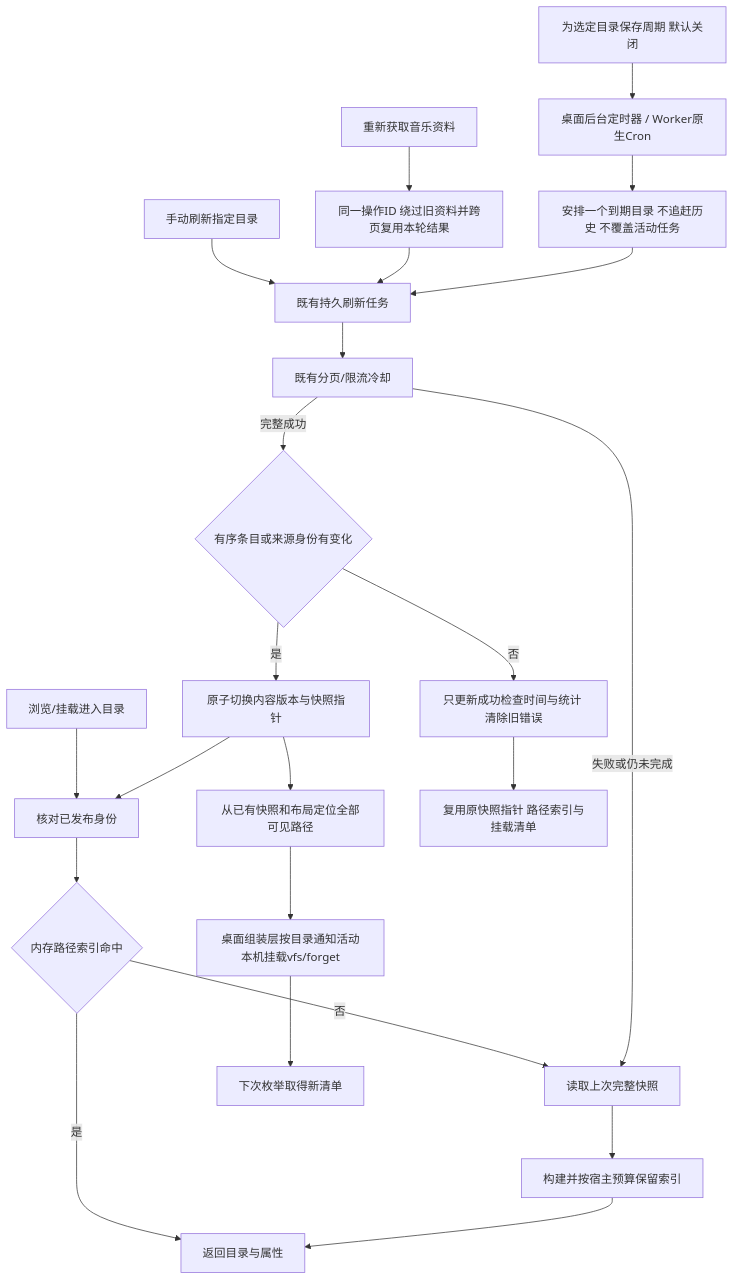
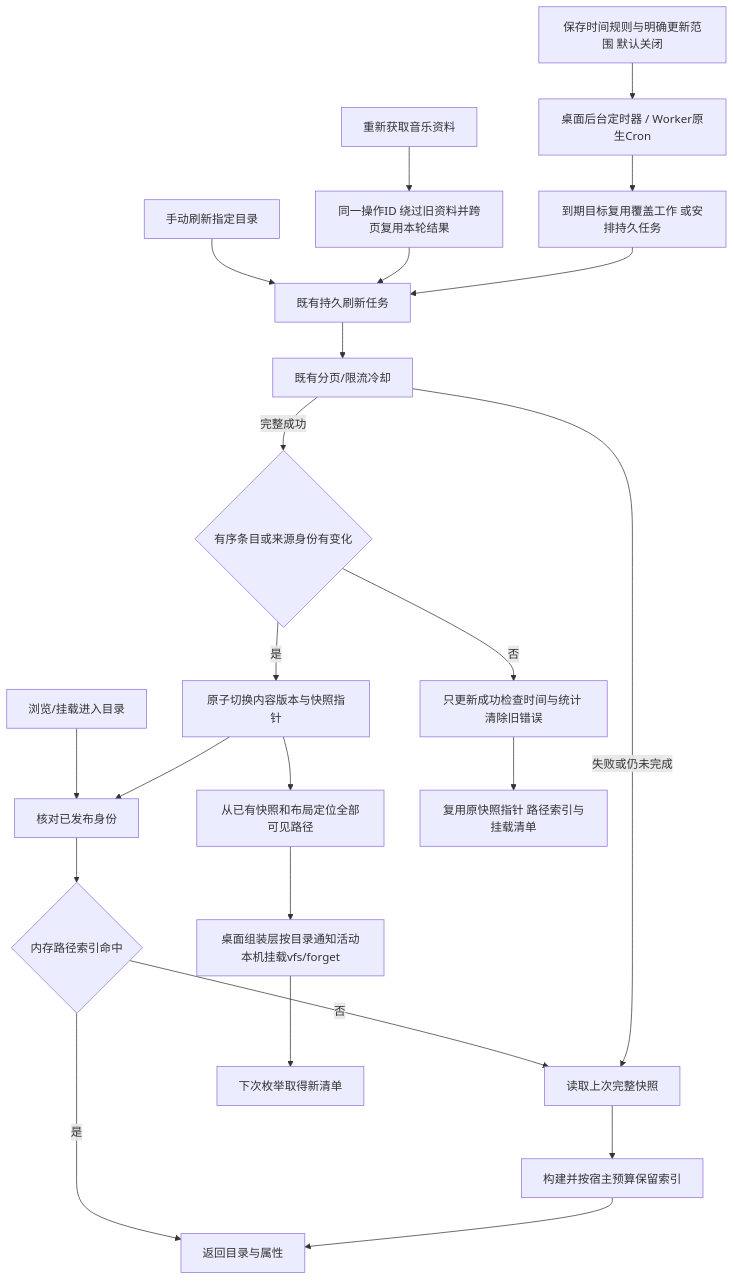
One commit to shengyusi-SYS/musicfs changed the diagram in docs/architecture/cache-policy.md. Above: the diagram before and after it, drawn with Mermaid. The commit also changed other lines of this file and 18 other files, not shown here.

Commit message:
docs: describe update and naming architecture and verified scope

````diff
--- a/docs/architecture/cache-policy.md
+++ b/docs/architecture/cache-policy.md
@@ -21,25 +21,25 @@
 ```mermaid
 flowchart TD
   Browse[浏览/挂载进入目录] --> Identity[核对已发布身份]
   Identity --> Index{内存路径索引命中}
   Index -->|是| Names[返回目录与属性]
   Index -->|否| Cached[读取上次完整快照]
   Cached --> Build[构建并按宿主预算保留索引]
   Build --> Names
   Manual[手动刷新指定目录] --> Queue[既有持久刷新任务]
   Metadata[重新获取音乐资料] --> Intent[同一操作ID 绕过旧资料并跨页复用本轮结果]
   Intent --> Queue
-  Policy[为选定目录保存周期 默认关闭] --> Timer[桌面后台定时器 / Worker原生Cron]
-  Timer --> Due[安排一个到期目录 不追赶历史 不覆盖活动任务]
+  Policy[保存时间规则与明确更新范围 默认关闭] --> Timer[桌面后台定时器 / Worker原生Cron]
+  Timer --> Due[到期目标复用覆盖工作 或安排持久任务]
   Due --> Queue
   Queue --> Pages[既有分页/限流冷却]
   Pages -->|失败或仍未完成| Cached
   Pages -->|完整成功| Changed{有序条目或来源身份有变化}
   Changed -->|是| Publish[原子切换内容版本与快照指针]
   Publish --> Identity
   Publish --> Paths[从已有快照和布局定位全部可见路径]
   Paths --> Local[桌面组装层按目录通知活动本机挂载vfs/forget]
   Changed -->|否| Checked[只更新成功检查时间与统计 清除旧错误]
   Checked --> Retain[复用原快照指针 路径索引与挂载清单]
   Local --> Fresh[下次枚举取得新清单]
 ```
````
